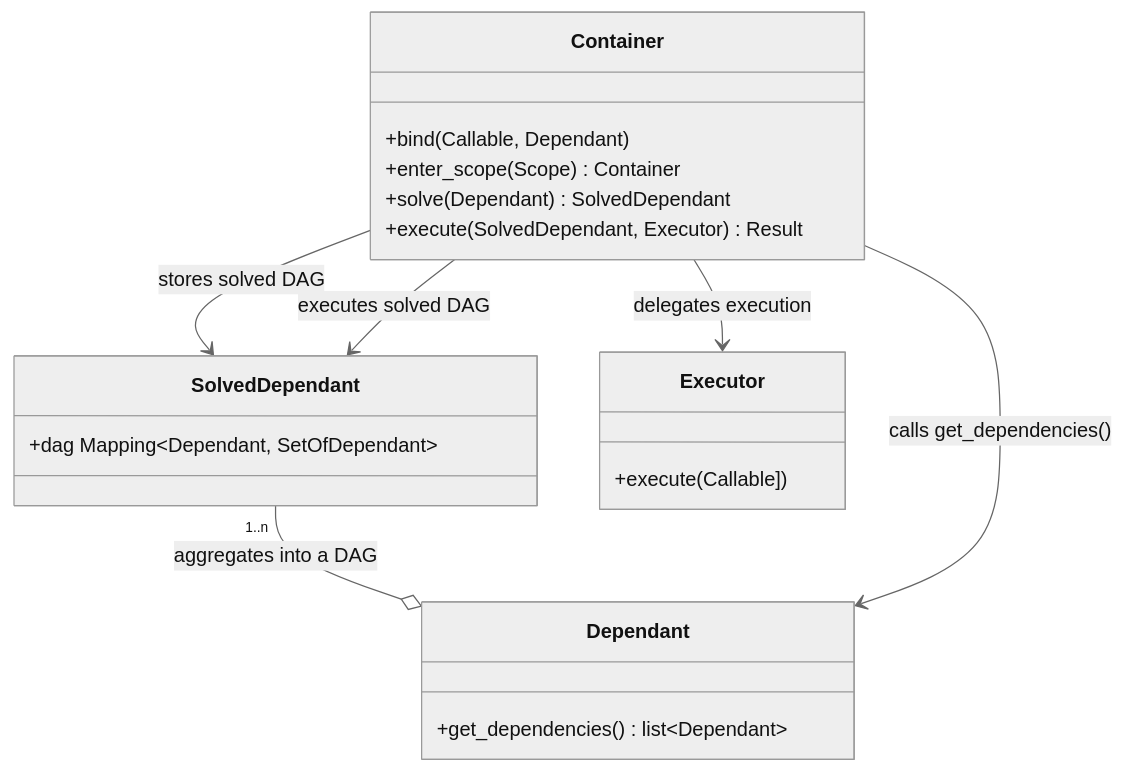
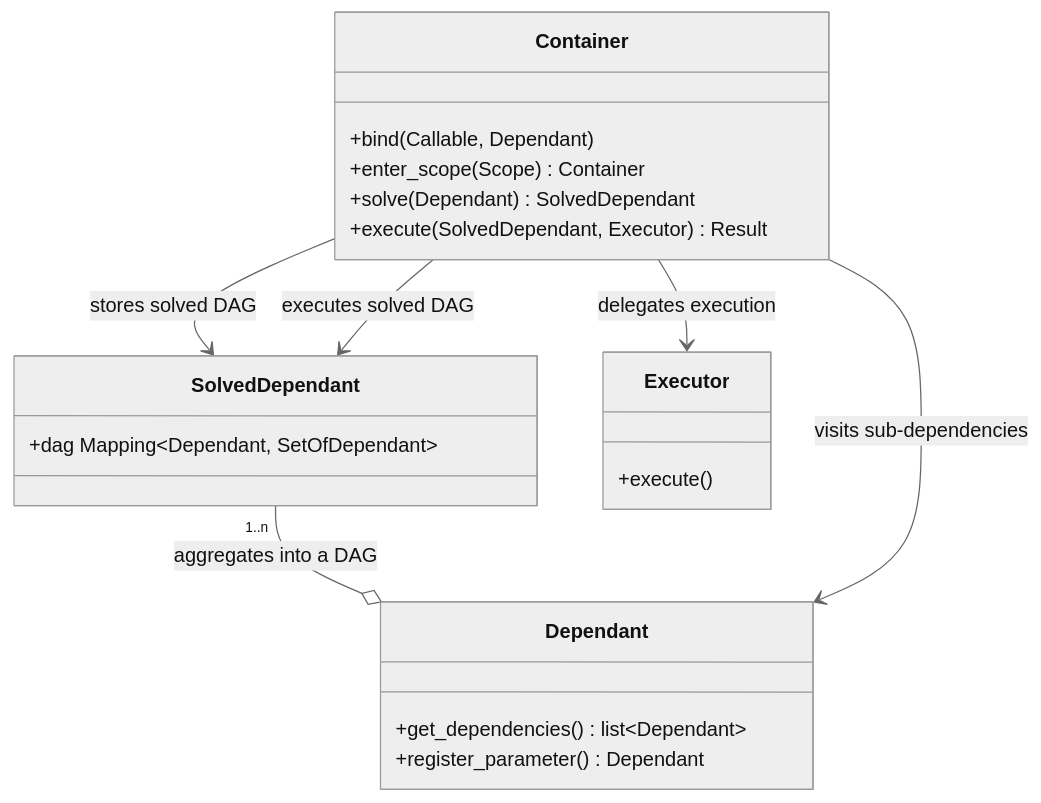
The diagram in docs/architecture.md (adriangb/di), drawn with Mermaid (neutral theme) before and after one commit. The commit also changed 3 other files, not shown here.

Commit message:
doc: add reference to pytest fixtures and clean up architecture diagram

````diff
--- a/docs/architecture.md
+++ b/docs/architecture.md
@@ -25,23 +25,24 @@
 ``` mermaid
 classDiagram
     SolvedDependant "1..n" --o Dependant: aggregates into a DAG
-    Container --> Dependant: calls get_dependencies()
+    Container --> Dependant: visits sub-dependencies
     Container --> Executor: delegates execution
     Container --> SolvedDependant: stores solved DAG
     Container --> SolvedDependant: executes solved DAG
     class Dependant{
       +get_dependencies() list~Dependant~
+      +register_parameter() Dependant
     }
     class SolvedDependant{
       +dag Mapping~Dependant, SetOfDependant~
     }
     class Executor{
-      +execute(Callable])
+      +execute()
     }
     class Container{
       +bind(Callable, Dependant)
       +enter_scope(Scope) Container
       +solve(Dependant) SolvedDependant
       +execute(SolvedDependant, Executor) Result
     }
 ```
````
